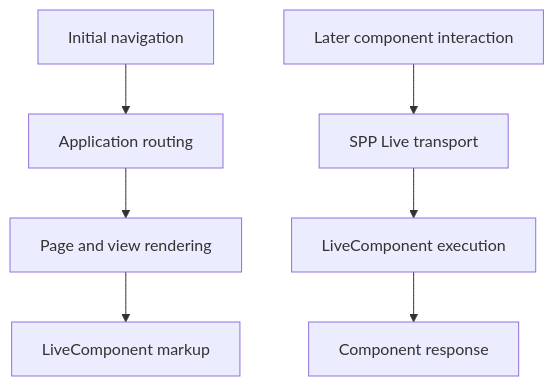
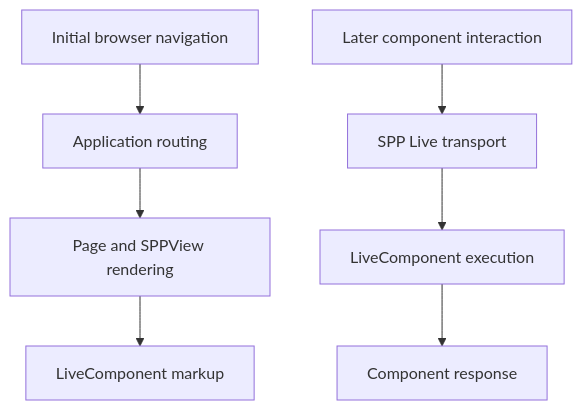
One commit to shuklasp/spp changed the sixth of 7 diagrams in documentation/handbook/15-routing-and-request-dispatch.md. Above: the diagram before and after it, drawn with Mermaid. The commit also changed other lines of this file, not shown here.

````diff
--- a/documentation/handbook/15-routing-and-request-dispatch.md
+++ b/documentation/handbook/15-routing-and-request-dispatch.md
@@ -254,10 +320,10 @@
 ```mermaid
 flowchart TD
-    A[Initial navigation] --> B[Application routing]
-    B --> C[Page and view rendering]
+    A[Initial browser navigation] --> B[Application routing]
+    B --> C[Page and SPPView rendering]
     C --> D[LiveComponent markup]
 
     E[Later component interaction] --> F[SPP Live transport]
     F --> G[LiveComponent execution]
     G --> H[Component response]
 ```
````
